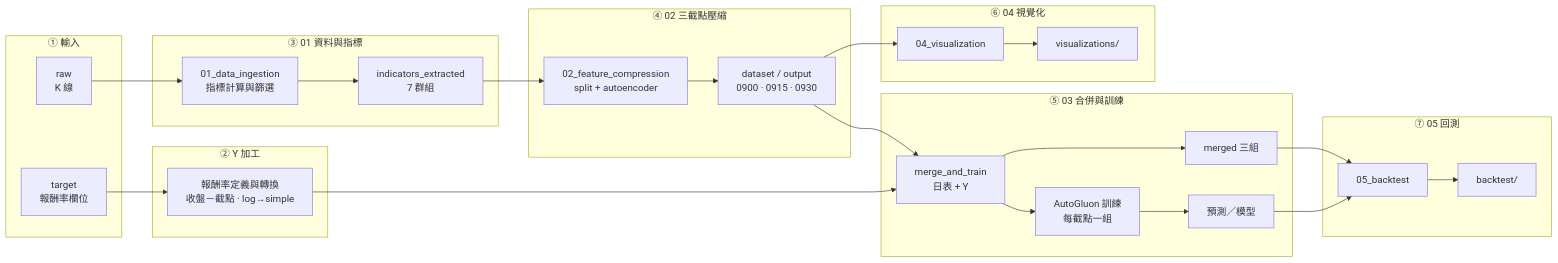
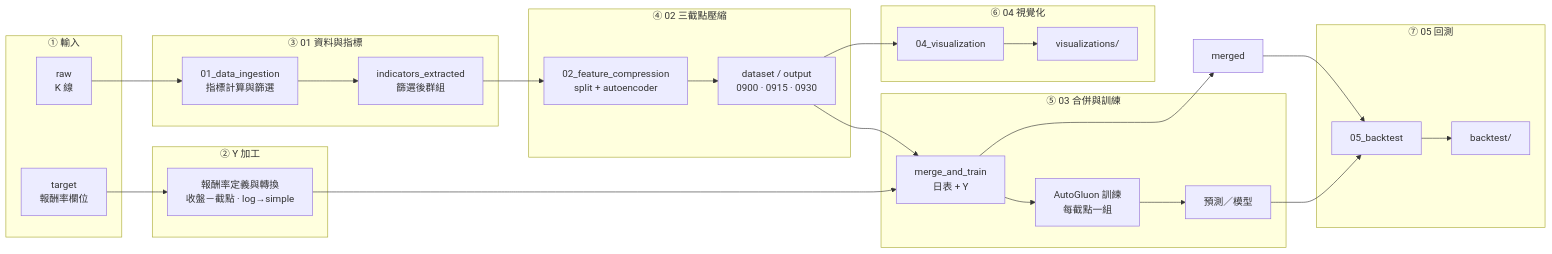
One commit to jameslee1218/Thesis-AutoGluon-TXF-Research changed the diagram in README.md. Above: the diagram before and after it, drawn with Mermaid.

Commit message:
README-進行流程圖與資料結構修改

````diff
--- a/README.md
+++ b/README.md
@@ -11,54 +11,53 @@
 ```mermaid
 flowchart LR
     subgraph S1["① 輸入"]
         raw["raw<br/>K 線"]
         target["target<br/>報酬率欄位"]
     end
 
     subgraph S2["② Y 加工"]
         y_proc["報酬率定義與轉換<br/>收盤－截點 · log→simple"]
     end
 
     subgraph S3["③ 01 資料與指標"]
         m01["01_data_ingestion<br/>指標計算與篩選"]
-        extr["indicators_extracted<br/>7 群組"]
+        extr["indicators_extracted<br/>篩選後群組"]
     end
 
     subgraph S4["④ 02 三截點壓縮"]
         m02["02_feature_compression<br/>split + autoencoder"]
         out3["dataset / output<br/>0900 · 0915 · 0930"]
     end
 
     subgraph S5["⑤ 03 合併與訓練"]
         merge["merge_and_train<br/>日表 + Y"]
-        merged["merged 三組"]
         ag["AutoGluon 訓練<br/>每截點一組"]
         pred["預測／模型"]
     end
 
     subgraph S6["⑥ 04 視覺化"]
         viz["04_visualization"]
         vis["visualizations/"]
     end
 
     subgraph S7["⑦ 05 回測"]
         bt["05_backtest"]
         bto["backtest/"]
     end
 
     raw --> m01
     m01 --> extr
     target --> y_proc
     y_proc --> merge
     extr --> m02
     m02 --> out3
     out3 --> merge
     out3 --> viz
     merge --> merged
     merge --> ag
     ag --> pred
     pred --> bt
     merged --> bt
     bt --> bto
     viz --> vis
 ```
````
